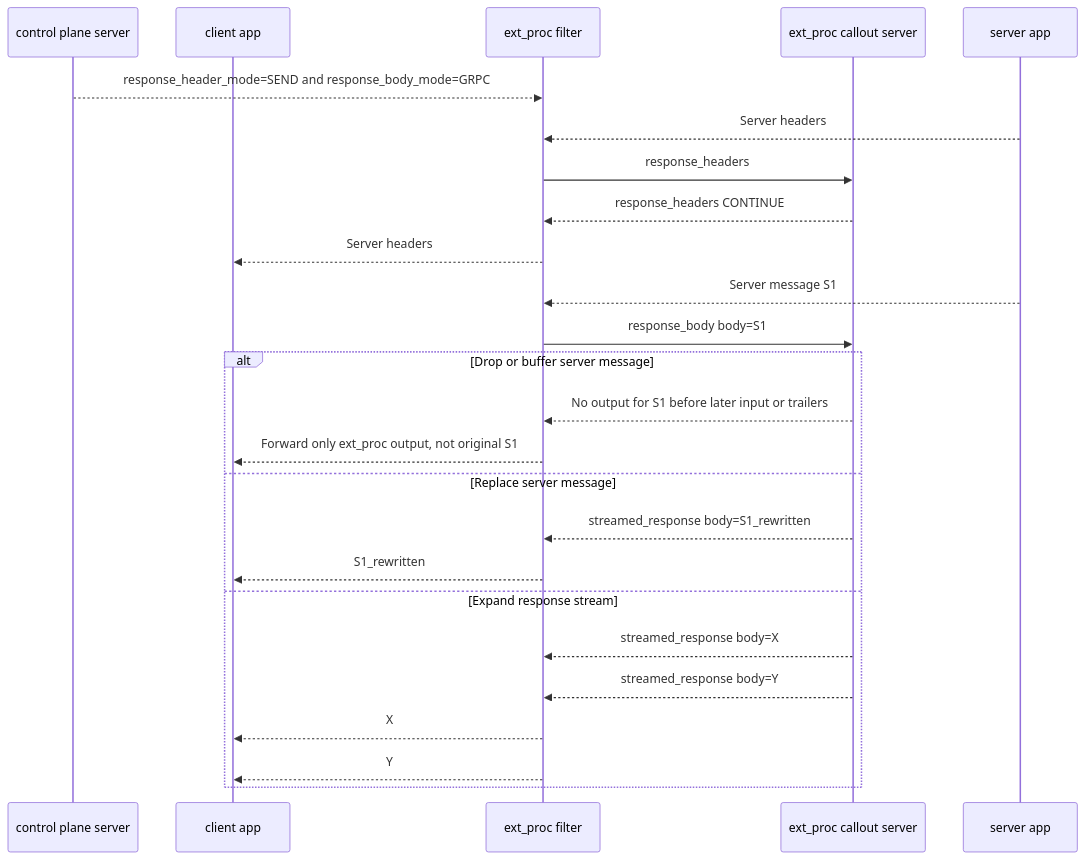
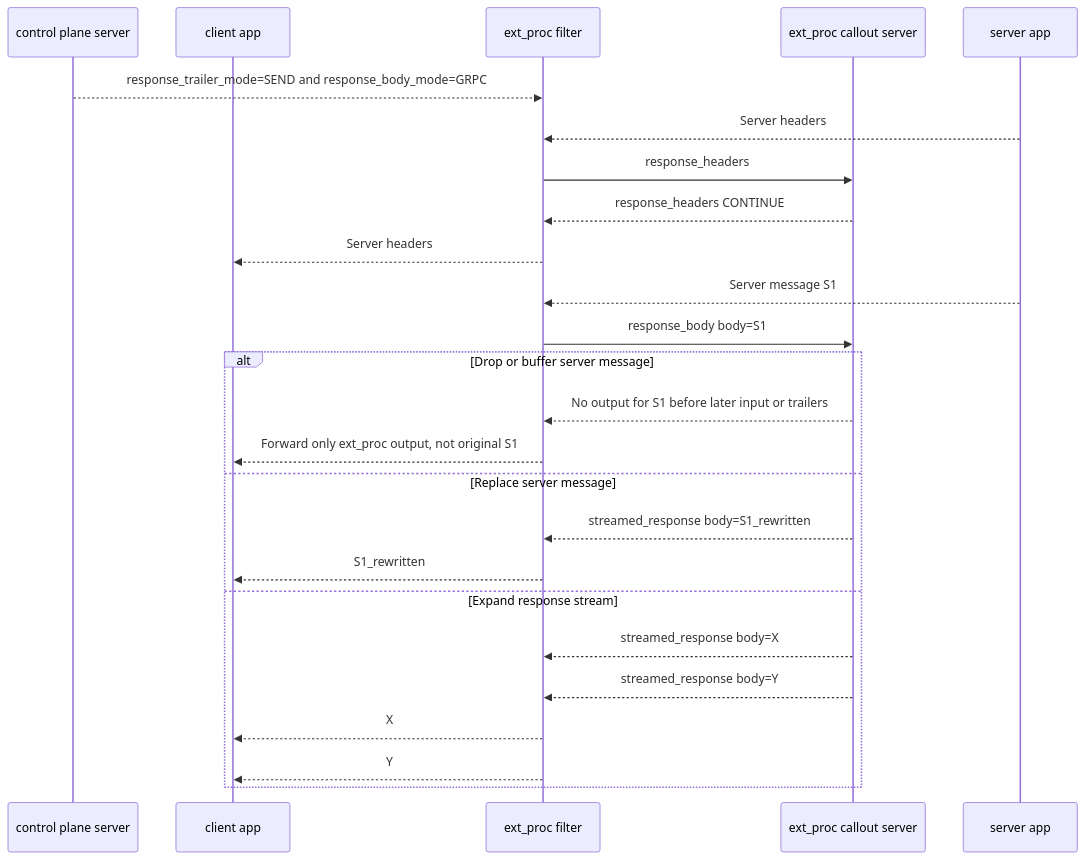
One commit to ran-su/ext_proc_spec changed diagram 13 of 16 in a93_ext_proc_data_flows.md. Above: the diagram before and after it, drawn with Mermaid. The commit also changed other lines of this file and 3 other files, not shown here.

Commit message:
Clarify ext_proc failure-mode and header-routing rules

````diff
--- a/a93_ext_proc_data_flows.md
+++ b/a93_ext_proc_data_flows.md
@@ -413,30 +416,30 @@
 ```mermaid
 sequenceDiagram
     participant CP as control plane server
     participant Client as client app
     participant Filter as ext_proc filter
     participant EP as ext_proc callout server
     participant Server as server app
 
-    CP-->>Filter: response_header_mode=SEND and response_body_mode=GRPC
+    CP-->>Filter: response_trailer_mode=SEND and response_body_mode=GRPC
     Server-->>Filter: Server headers
     Filter->>EP: response_headers
     EP-->>Filter: response_headers CONTINUE
     Filter-->>Client: Server headers
 
     Server-->>Filter: Server message S1
     Filter->>EP: response_body body=S1
 
     alt Drop or buffer server message
         EP-->>Filter: No output for S1 before later input or trailers
         Filter-->>Client: Forward only ext_proc output, not original S1
     else Replace server message
         EP-->>Filter: streamed_response body=S1_rewritten
         Filter-->>Client: S1_rewritten
     else Expand response stream
         EP-->>Filter: streamed_response body=X
         EP-->>Filter: streamed_response body=Y
         Filter-->>Client: X
         Filter-->>Client: Y
     end
 ```
````
